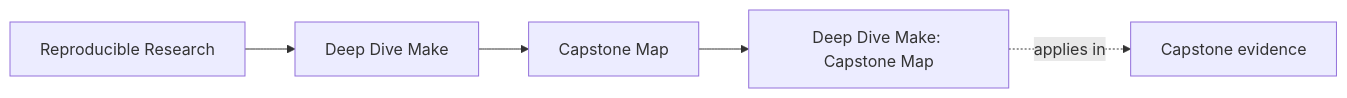
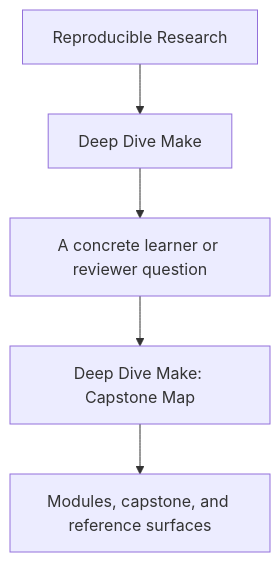
The first of 2 diagrams in programs/reproducible-research/deep-dive-make/course-book/guides/capstone-map.md (bijux/bijux-masterclass), drawn with Mermaid before and after one commit. The commit also changed other lines of this file and 29 other files, not shown here.

Commit message:
docs(deep-dive-make): sharpen guide and reference diagrams

````diff
--- a/programs/reproducible-research/deep-dive-make/course-book/guides/capstone-map.md
+++ b/programs/reproducible-research/deep-dive-make/course-book/guides/capstone-map.md
@@ -9,11 +9,7 @@
 ```mermaid
-graph LR
-  family["Reproducible Research"]
-  program["Deep Dive Make"]
-  section["Capstone Map"]
-  page["Deep Dive Make: Capstone Map"]
-  capstone["Capstone evidence"]
-
-  family --> program --> section --> page
-  page -.applies in.-> capstone
+flowchart TD
+  family["Reproducible Research"] --> program["Deep Dive Make"]
+  program --> pressure["A concrete learner or reviewer question"]
+  pressure --> guide["Deep Dive Make: Capstone Map"]
+  guide --> next["Modules, capstone, and reference surfaces"]
 ```
````
